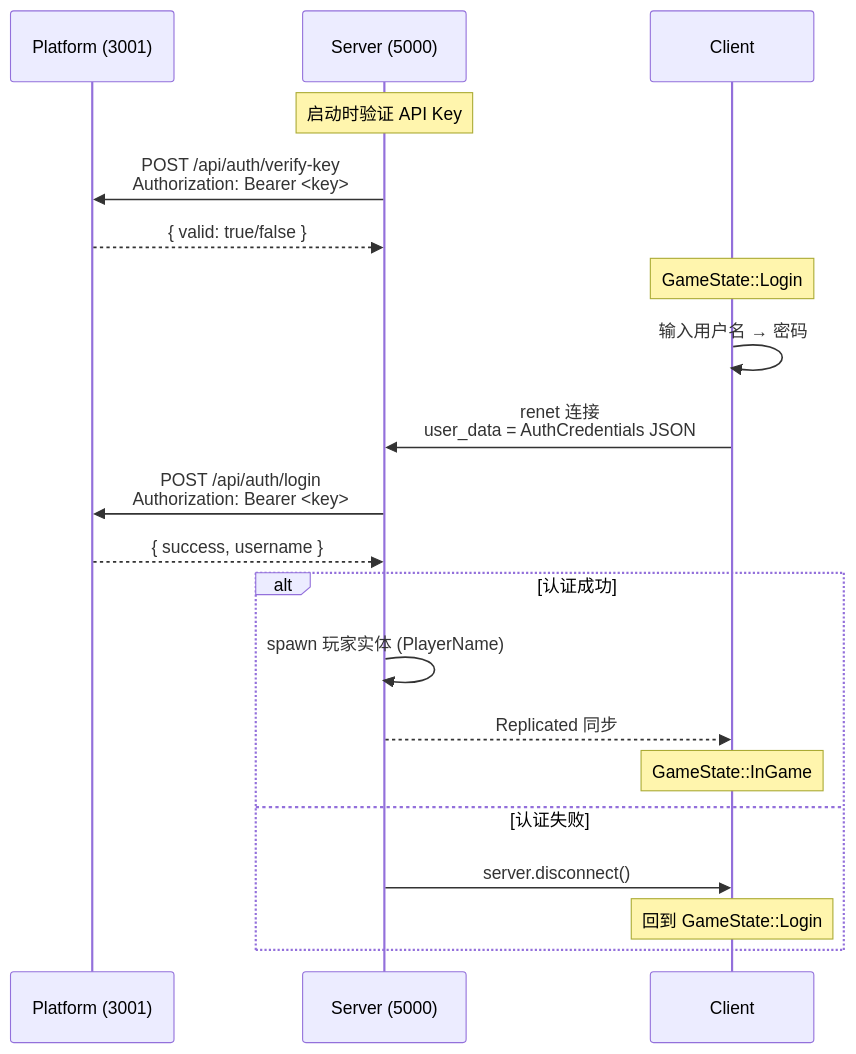
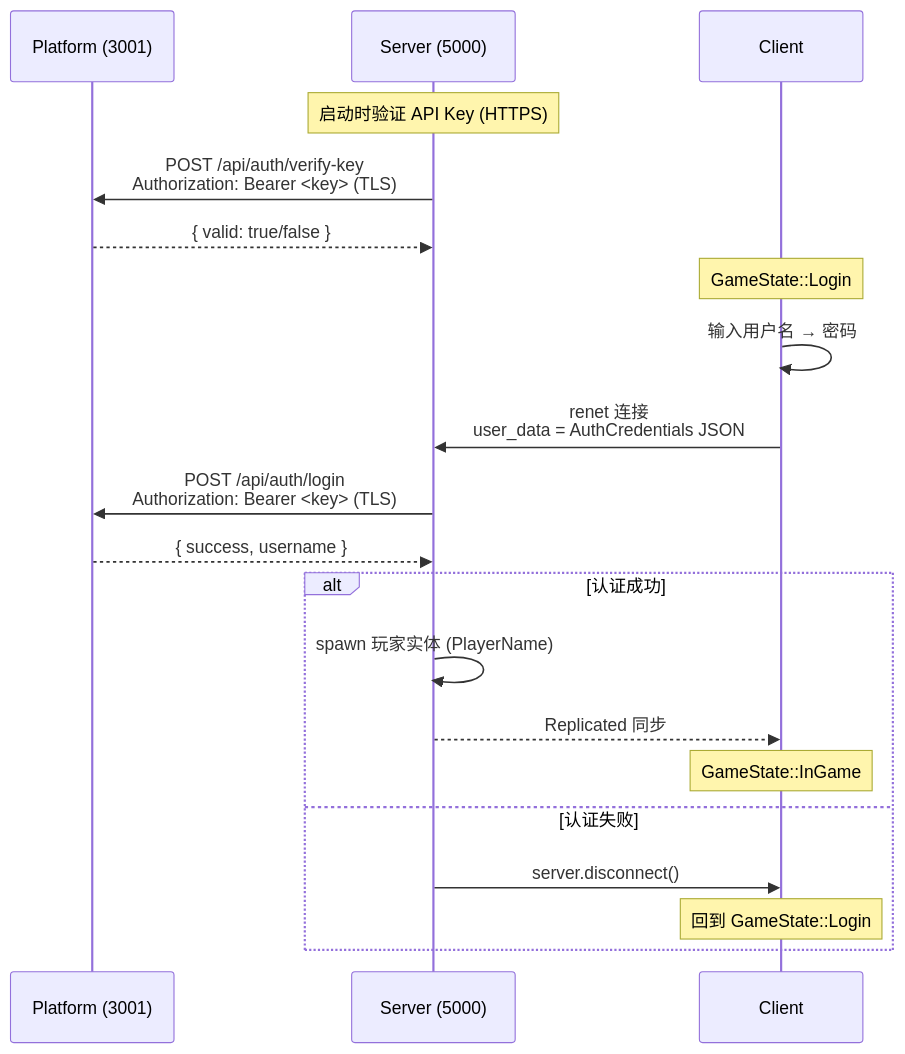
The second of 3 diagrams in DESIGN.md (kindywu/simple_bevy), drawn with Mermaid before and after one commit. The commit also changed other lines of this file and 2 other files, not shown here.

````diff
--- a/DESIGN.md
+++ b/DESIGN.md
@@ -47,25 +47,25 @@
 ```mermaid
 sequenceDiagram
     participant P as Platform (3001)
     participant S as Server (5000)
     participant C as Client
 
-    Note over S: 启动时验证 API Key
-    S->>P: POST /api/auth/verify-key<br/>Authorization: Bearer <key>
+    Note over S: 启动时验证 API Key (HTTPS)
+    S->>P: POST /api/auth/verify-key<br/>Authorization: Bearer <key> (TLS)
     P-->>S: { valid: true/false }
 
     Note over C: GameState::Login
     C->>C: 输入用户名 → 密码
 
     C->>S: renet 连接<br/>user_data = AuthCredentials JSON
-    S->>P: POST /api/auth/login<br/>Authorization: Bearer <key>
+    S->>P: POST /api/auth/login<br/>Authorization: Bearer <key> (TLS)
     P-->>S: { success, username }
     alt 认证成功
         S->>S: spawn 玩家实体 (PlayerName)
         S-->>C: Replicated 同步
         Note over C: GameState::InGame
     else 认证失败
         S->>C: server.disconnect()
         Note over C: 回到 GameState::Login
     end
 ```
````
